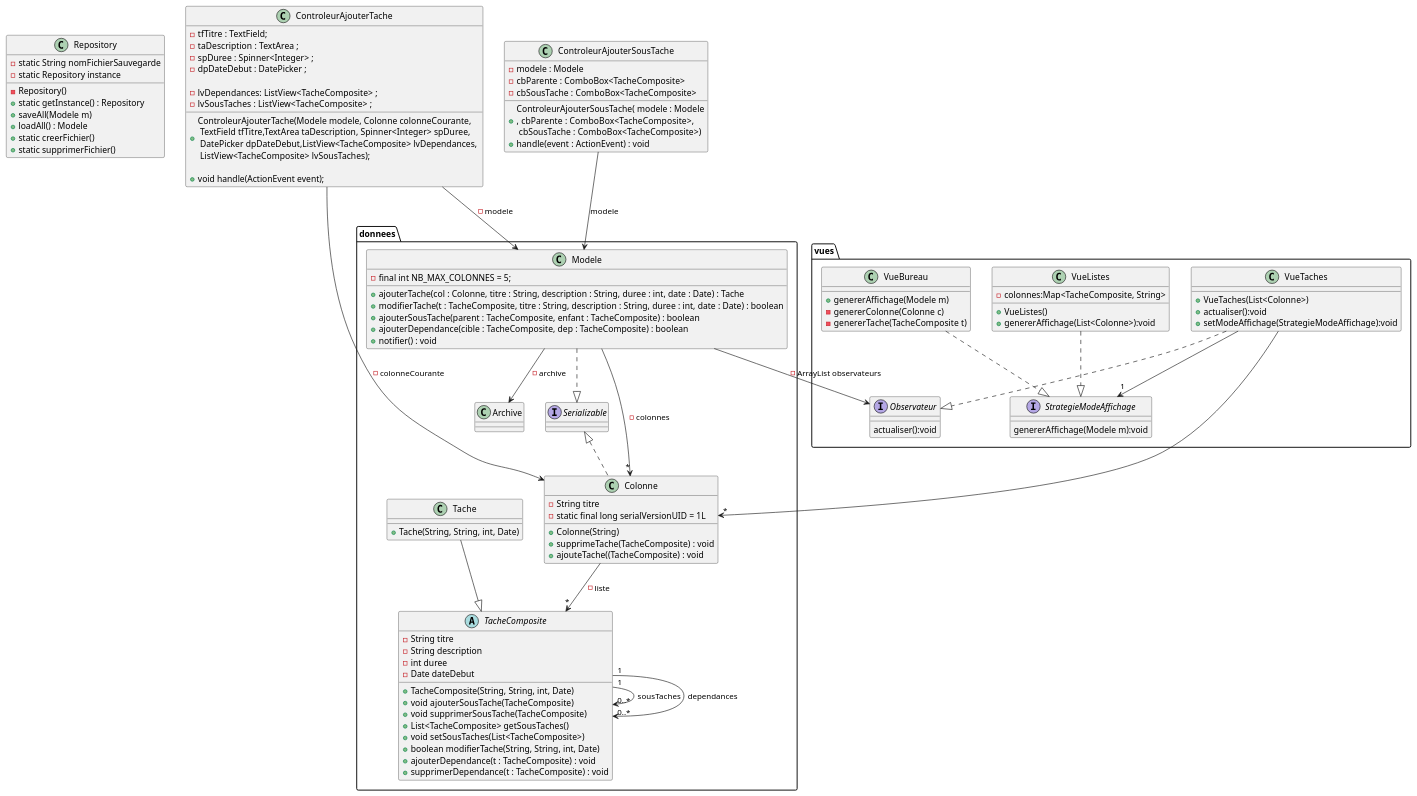
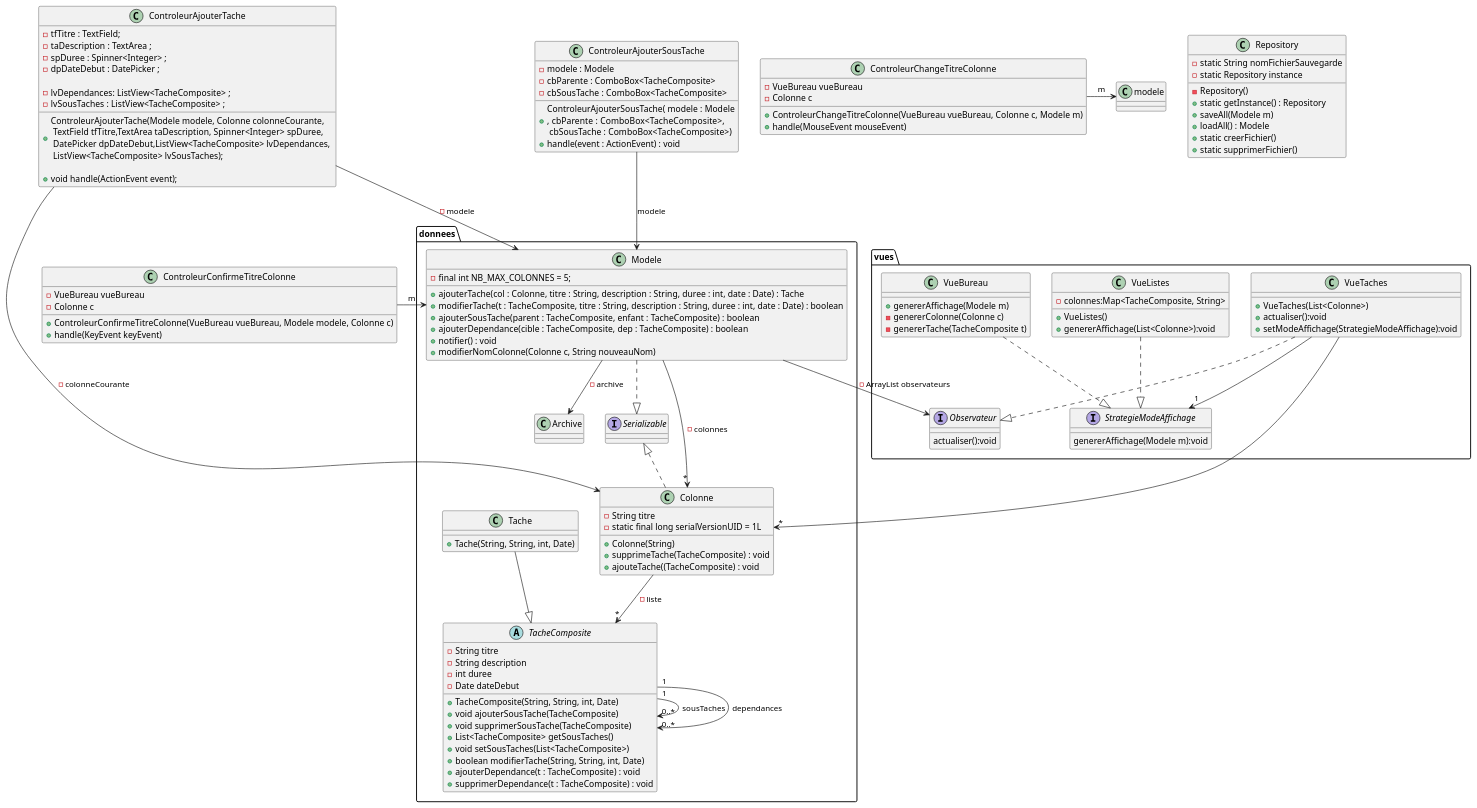
One commit to AlexanderCARNET/SAE_3_01_dev_application changed the diagram in Ollert_QDEV/diagrammes/iteration3/DiagrammClasses.puml. Above: the diagram before and after it, drawn with PlantUML. The commit also changed 2 other files, not shown here.

Commit message:
[UPDATE] mise a jour du diagramme de classe pour la fonctionnalité de changement de nom de colonne dans VueBureau

```diff
--- a/Ollert_QDEV/diagrammes/iteration3/DiagrammClasses.puml
+++ b/Ollert_QDEV/diagrammes/iteration3/DiagrammClasses.puml
@@ -1,142 +1,160 @@
 @startuml
 
 package donnees {
 
     class Modele {
             - final int NB_MAX_COLONNES = 5;
 
             + ajouterTache(col : Colonne, titre : String, description : String, duree : int, date : Date) : Tache
             + modifierTache(t : TacheComposite, titre : String, description : String, duree : int, date : Date) : boolean
             + ajouterSousTache(parent : TacheComposite, enfant : TacheComposite) : boolean
             + ajouterDependance(cible : TacheComposite, dep : TacheComposite) : boolean
             + notifier() : void
+            + modifierNomColonne(Colonne c, String nouveauNom)
 
 
         }
         Modele ..|> Serializable
         Modele --> "*" Colonne : - colonnes
 
         Modele --> Archive : - archive
 
     abstract class TacheComposite {
         - String titre
         - String description
         - int duree
         - Date dateDebut
 
         + TacheComposite(String, String, int, Date)
         + void ajouterSousTache(TacheComposite)
         + void supprimerSousTache(TacheComposite)
         + List<TacheComposite> getSousTaches()
         + void setSousTaches(List<TacheComposite>)
         + boolean modifierTache(String, String, int, Date)
 + ajouterDependance(t : TacheComposite) : void
 + supprimerDependance(t : TacheComposite) : void
     }
 
     class Tache {
         + Tache(String, String, int, Date)
     }
 
     Tache --|> TacheComposite
 
     TacheComposite "1" --> "0..*" TacheComposite : sousTaches
         TacheComposite "1" --> "0..*" TacheComposite : dependances
 
 
     interface Serializable
     class Colonne {
     - String titre
     - static final long serialVersionUID = 1L
     + Colonne(String)
     + supprimeTache(TacheComposite) : void
     + ajouteTache((TacheComposite) : void
 
     }
     Colonne -->  "*" TacheComposite : - liste
     Colonne .u.|> Serializable
 }
 
 class Repository{
     - static String nomFichierSauvegarde
     - static Repository instance
     - Repository()
     + static getInstance() : Repository
     + saveAll(Modele m)
     + loadAll() : Modele
     + static creerFichier()
     + static supprimerFichier()
 }
 
 package vues{
     interface StrategieModeAffichage{
         genererAffichage(Modele m):void
     }
 
     interface Observateur{
         actualiser():void
     }
 
     class VueListes{
         - colonnes:Map<TacheComposite, String>
 
         + VueListes()
         + genererAffichage(List<Colonne>):void
     }
 
     class VueBureau{
         +genererAffichage(Modele m)
         - genererColonne(Colonne c)
         - genererTache(TacheComposite t)
     }
 
     class VueTaches{
         + VueTaches(List<Colonne>)
         + actualiser():void
         + setModeAffichage(StrategieModeAffichage):void
     }
 }
 
  class ControleurAjouterTache  {
 
 
     -  tfTitre : TextField;
     - taDescription : TextArea ;
     - spDuree : Spinner<Integer> ;
     - dpDateDebut : DatePicker ;
 
     - lvDependances: ListView<TacheComposite> ;
     - lvSousTaches : ListView<TacheComposite> ;
 
     + ControleurAjouterTache(Modele modele, Colonne colonneCourante, \n TextField tfTitre,TextArea taDescription, Spinner<Integer> spDuree, \n DatePicker dpDateDebut,ListView<TacheComposite> lvDependances, \n ListView<TacheComposite> lvSousTaches);
 
     + void handle(ActionEvent event);
 
 }
 
 class ControleurAjouterSousTache{
 - modele : Modele
 - cbParente : ComboBox<TacheComposite>
 - cbSousTache : ComboBox<TacheComposite>
 + ControleurAjouterSousTache( modele : Modele\n,  cbParente : ComboBox<TacheComposite>, \n cbSousTache : ComboBox<TacheComposite>)
 + handle(event : ActionEvent) : void
 }
 
+class ControleurConfirmeTitreColonne{
+    - VueBureau vueBureau
+    - Colonne c
+    + ControleurConfirmeTitreColonne(VueBureau vueBureau, Modele modele, Colonne c)
+    + handle(KeyEvent keyEvent)
+}
+ControleurConfirmeTitreColonne -> Modele : m
+
+
+class ControleurChangeTitreColonne{
+    - VueBureau vueBureau
+    - Colonne c
+    + ControleurChangeTitreColonne(VueBureau vueBureau, Colonne c, Modele m)
+    + handle(MouseEvent mouseEvent)
+}
+ControleurChangeTitreColonne -> modele : m
+
 ControleurAjouterSousTache --> Modele : modele
 
 
 
  ControleurAjouterTache --> Modele : - modele
  ControleurAjouterTache --> Colonne : -colonneCourante
 
 
 VueListes ..|> StrategieModeAffichage
 VueBureau ..|> StrategieModeAffichage
 VueTaches ..|> Observateur
 
 VueTaches --> "1" StrategieModeAffichage
 VueTaches --> "*" Colonne
 Modele --> Observateur : - ArrayList observateurs
 
 
 @enduml
```
